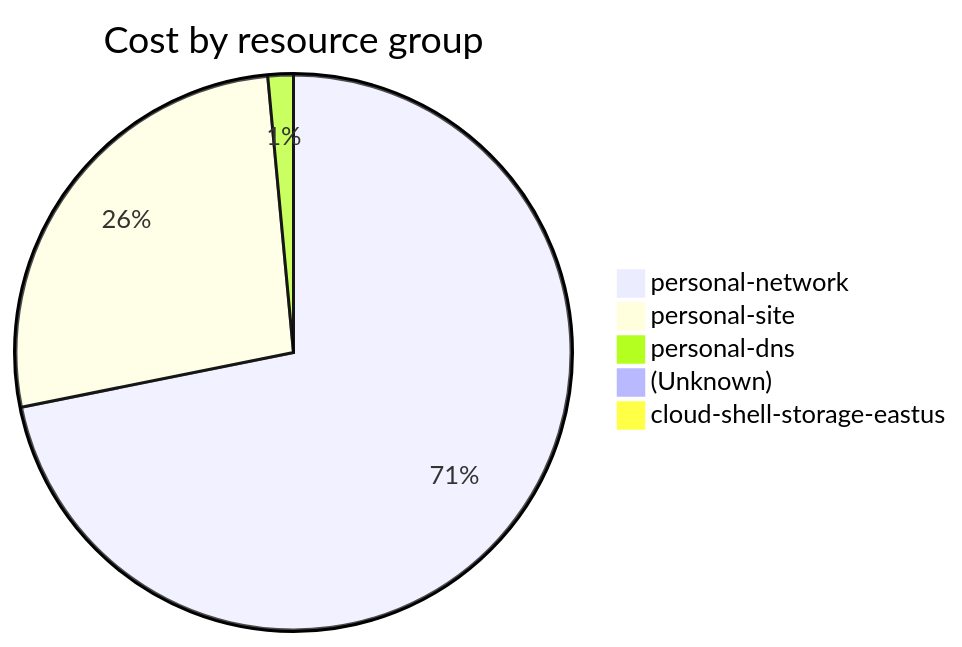
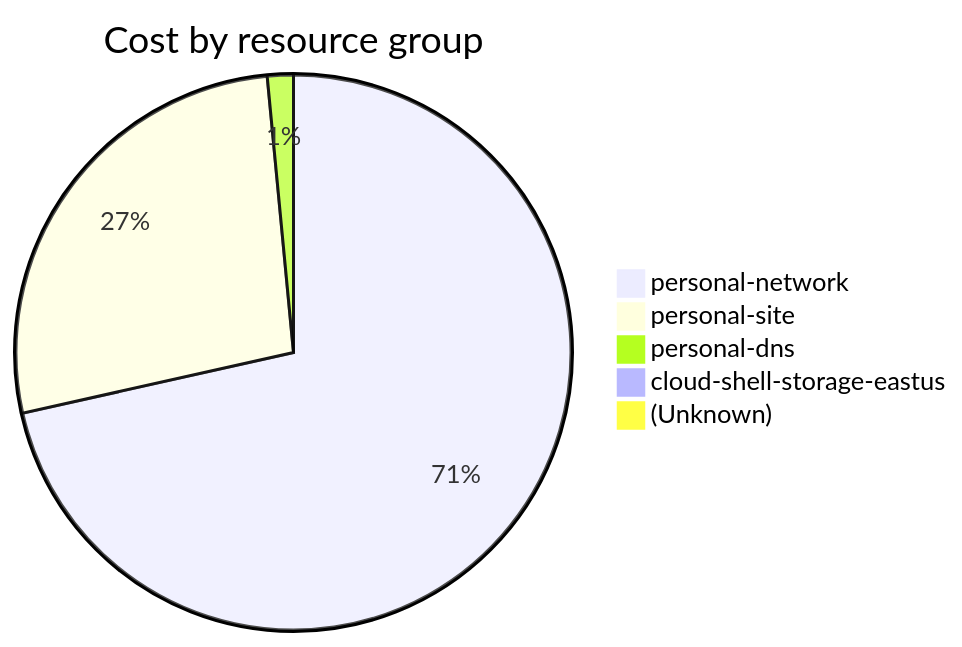
Before and after one commit to jpfulton/azure-personal-reports: the fourth of 4 diagrams in cost-reports/accumulated-cost.md, drawn with Mermaid. The commit also changed other lines of this file and 4 other files, not shown here.

````diff
--- a/cost-reports/accumulated-cost.md
+++ b/cost-reports/accumulated-cost.md
@@ -155,9 +155,9 @@
 ```mermaid
 pie
    title Cost by resource group
-   "personal-network" : 14.06
-   "personal-site" : 5.22
-   "personal-dns" : 0.29
+   "personal-network" : 15.60
+   "personal-site" : 5.89
+   "personal-dns" : 0.33
+   "cloud-shell-storage-eastus" : 0.10
    "(Unknown)" : 0.09
-   "cloud-shell-storage-eastus" : 0.09
 ```
````
